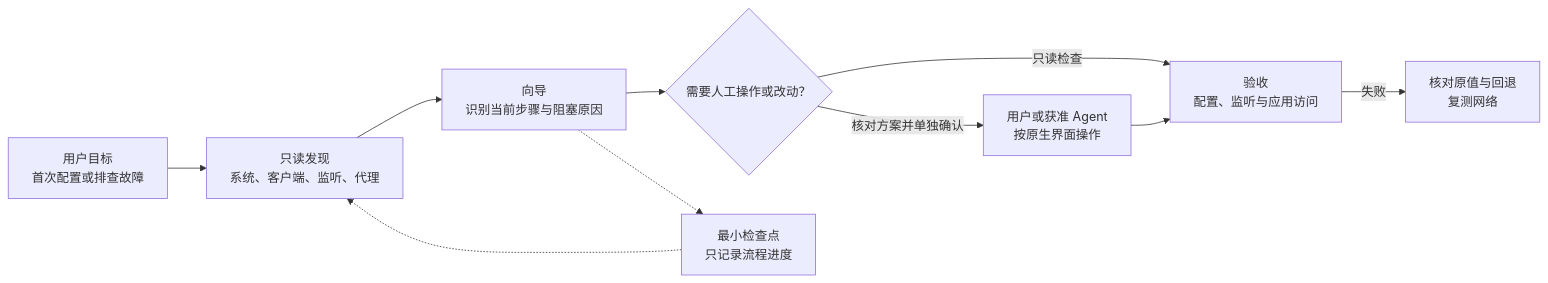
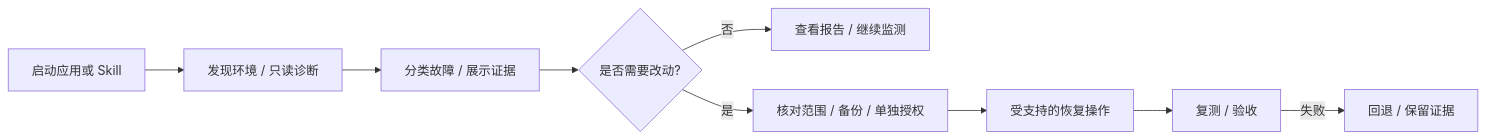
Before and after one commit to LYL-Z/windows-static-proxy-lab: the first of 3 diagrams in README.md, drawn with Mermaid. The commit also changed other lines of this file, not shown here.

Commit message:
docs: unify product README for Desktop, Skill, CLI and V6.9 source previews

````diff
--- a/README.md
+++ b/README.md
@@ -19,12 +42,11 @@
 ```mermaid
 flowchart LR
-    A["用户目标<br/>首次配置或排查故障"] --> B["只读发现<br/>系统、客户端、监听、代理"]
-    B --> C["向导<br/>识别当前步骤与阻塞原因"]
-    C --> D{"需要人工操作或改动？"}
-    D -->|"核对方案并单独确认"| E["用户或获准 Agent<br/>按原生界面操作"]
-    D -->|"只读检查"| F["验收<br/>配置、监听与应用访问"]
-    E --> F
-    F -->|"失败"| G["核对原值与回退<br/>复测网络"]
-    C -.-> H["最小检查点<br/>只记录流程进度"]
-    H -.-> B
+    A["启动应用或 Skill"] --> B["发现环境 / 只读诊断"]
+    B --> C["分类故障 / 展示证据"]
+    C --> D{"是否需要改动?"}
+    D -->|否| E["查看报告 / 继续监测"]
+    D -->|是| F["核对范围 / 备份 / 单独授权"]
+    F --> G["受支持的恢复操作"]
+    G --> H["复测 / 验收"]
+    H -->|失败| I["回退 / 保留证据"]
 ```
````
